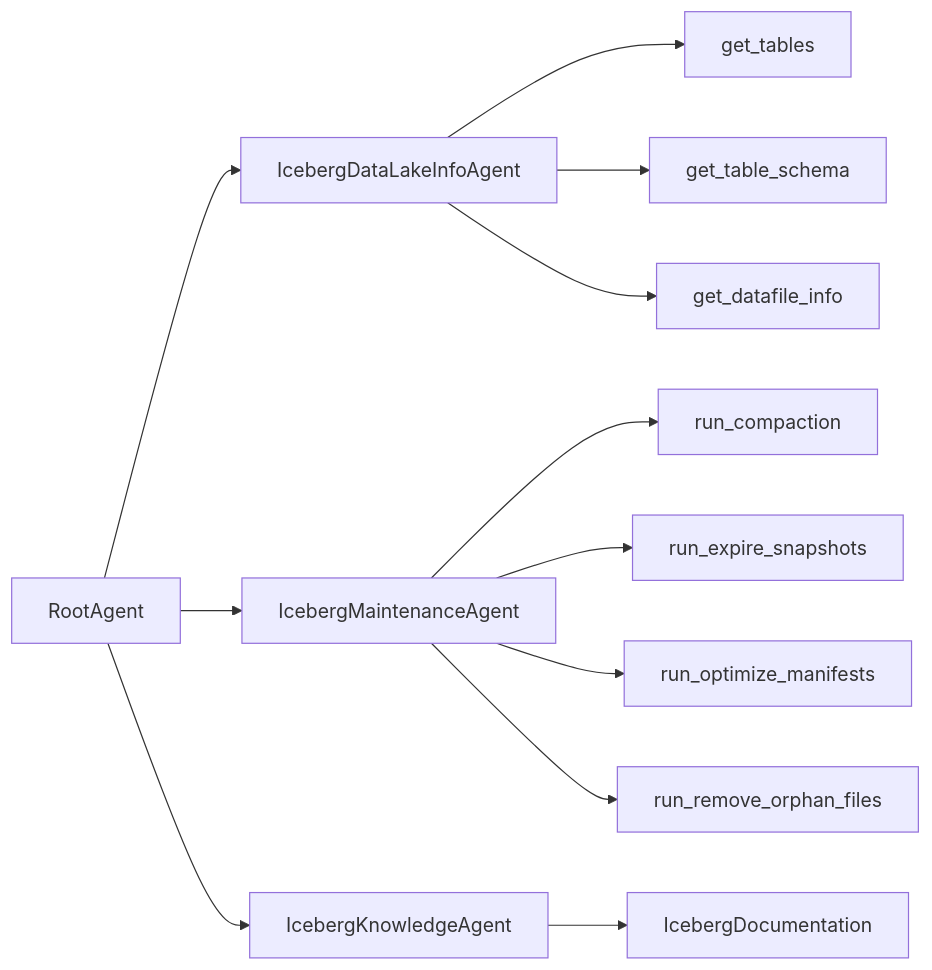
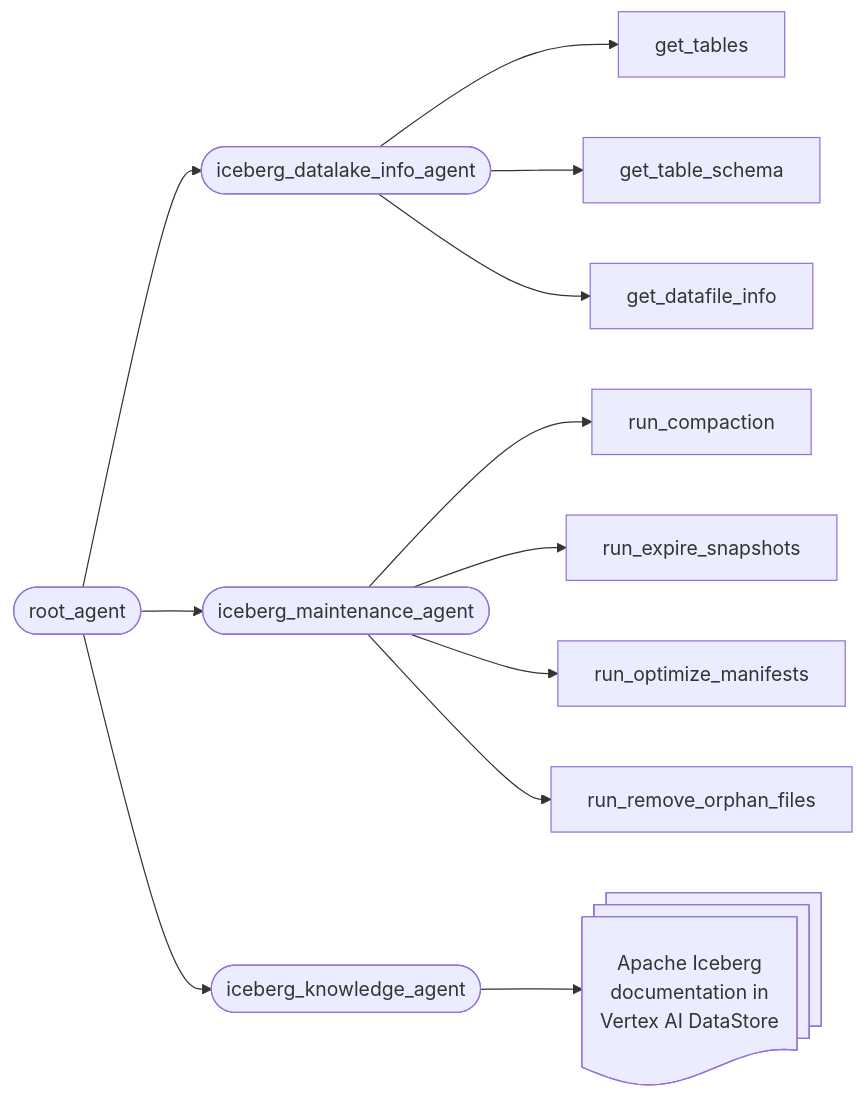
The diagram in README.md (rkurniawati/iceberg-maintenance-agents), drawn with Mermaid before and after one commit.

````diff
--- a/README.md
+++ b/README.md
@@ -19,14 +19,14 @@
 ```mermaid
 graph LR
-    RootAgent --> IcebergDataLakeInfoAgent
-    RootAgent --> IcebergMaintenanceAgent
-    RootAgent --> IcebergKnowledgeAgent
+    RootAgent([root_agent]) --> IcebergDataLakeInfoAgent([iceberg_datalake_info_agent])
+    RootAgent --> IcebergMaintenanceAgent([iceberg_maintenance_agent])
+    RootAgent --> IcebergKnowledgeAgent([iceberg_knowledge_agent])
     IcebergDataLakeInfoAgent --> get_tables
     IcebergDataLakeInfoAgent --> get_table_schema
     IcebergDataLakeInfoAgent --> get_datafile_info
     IcebergMaintenanceAgent --> run_compaction
     IcebergMaintenanceAgent --> run_expire_snapshots
     IcebergMaintenanceAgent --> run_optimize_manifests
     IcebergMaintenanceAgent --> run_remove_orphan_files
-    IcebergKnowledgeAgent --> IcebergDocumentation
+    IcebergKnowledgeAgent --> IcebergDocumentation[Apache Iceberg<br>documentation in<br>Vertex AI DataStore]@{ shape: docs }
 ```
````
